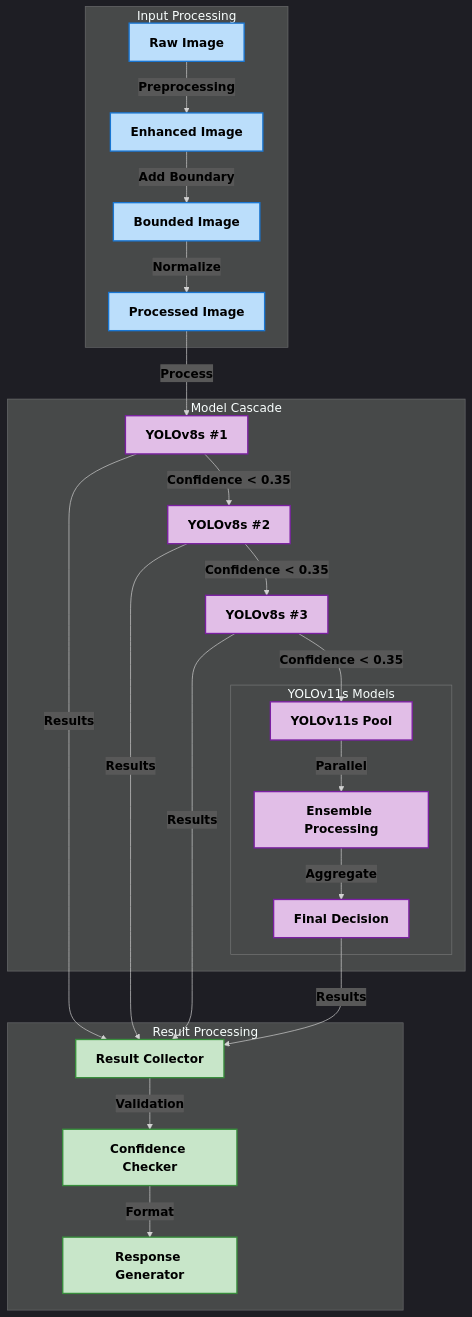
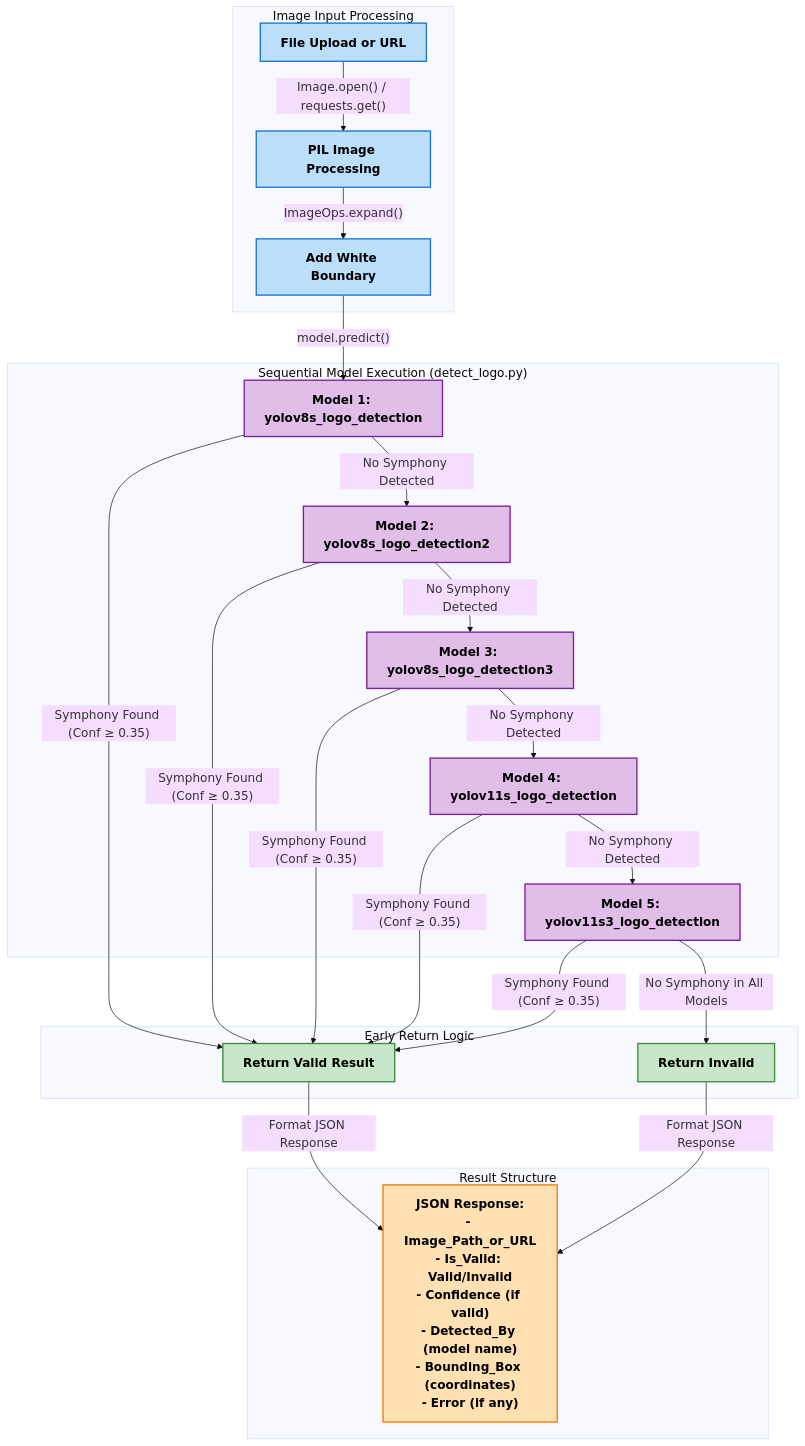
The diagram in docs/images/Model Architecture.mmd (Dhruv0306/SymphonyProject1), drawn with Mermaid before and after one commit. The commit also changed 38 other files, not shown here.

```diff
--- a/docs/images/Model Architecture.mmd
+++ b/docs/images/Model Architecture.mmd
@@ -1,41 +1,39 @@
-%%{init: {'theme': 'dark', 'themeVariables': { 'fontFamily': 'arial', 'fontSize': '18px', 'fontWeight': 'bold'}}}%%
+%%{init: {'theme': 'base', 'themeVariables': { 'fontFamily': 'arial', 'fontSize': '18px', 'fontWeight': 'bold'}}}%%
 graph TD
-    subgraph "Input Processing" 
+    subgraph "Image Input Processing"
         style A fill:#bbdefb,stroke:#1976d2,stroke-width:2px,color:#000000,font-weight:bold
         style B fill:#bbdefb,stroke:#1976d2,stroke-width:2px,color:#000000,font-weight:bold
         style C fill:#bbdefb,stroke:#1976d2,stroke-width:2px,color:#000000,font-weight:bold
-        style D fill:#bbdefb,stroke:#1976d2,stroke-width:2px,color:#000000,font-weight:bold
-        A[Raw Image] -->|Preprocessing| B[Enhanced Image]
-        B -->|Add Boundary| C[Bounded Image]
-        C -->|Normalize| D[Processed Image]
+        A["File Upload or URL"] -->|"Image.open() / requests.get()"| B["PIL Image Processing"]
+        B -->|"ImageOps.expand()"| C["Add White Boundary"]
     end
 
-    subgraph "Model Cascade" 
-        style E fill:#e1bee7,stroke:#7b1fa2,stroke-width:2px,color:#000000,font-weight:bold
-        style F fill:#e1bee7,stroke:#7b1fa2,stroke-width:2px,color:#000000,font-weight:bold
-        style G fill:#e1bee7,stroke:#7b1fa2,stroke-width:2px,color:#000000,font-weight:bold
-        style H fill:#e1bee7,stroke:#7b1fa2,stroke-width:2px,color:#000000,font-weight:bold
-        style I fill:#e1bee7,stroke:#7b1fa2,stroke-width:2px,color:#000000,font-weight:bold
-        style J fill:#e1bee7,stroke:#7b1fa2,stroke-width:2px,color:#000000,font-weight:bold
-        D -->|Process| E[YOLOv8s #1]
-        E -->|Confidence < 0.35| F[YOLOv8s #2]
-        F -->|Confidence < 0.35| G[YOLOv8s #3]
-        G -->|Confidence < 0.35| H[YOLOv11s Pool]
-        
-        subgraph "YOLOv11s Models"
-            H -->|Parallel| I[Ensemble Processing]
-            I -->|Aggregate| J[Final Decision]
-        end
+    subgraph "Sequential Model Execution (detect_logo.py)"
+        style D1 fill:#e1bee7,stroke:#7b1fa2,stroke-width:2px,color:#000000,font-weight:bold
+        style D2 fill:#e1bee7,stroke:#7b1fa2,stroke-width:2px,color:#000000,font-weight:bold
+        style D3 fill:#e1bee7,stroke:#7b1fa2,stroke-width:2px,color:#000000,font-weight:bold
+        style D4 fill:#e1bee7,stroke:#7b1fa2,stroke-width:2px,color:#000000,font-weight:bold
+        style D5 fill:#e1bee7,stroke:#7b1fa2,stroke-width:2px,color:#000000,font-weight:bold
+        C -->|"model.predict()"| D1["Model 1: yolov8s_logo_detection"]
+        D1 -->|"No Symphony Detected"| D2["Model 2: yolov8s_logo_detection2"]
+        D2 -->|"No Symphony Detected"| D3["Model 3: yolov8s_logo_detection3"]
+        D3 -->|"No Symphony Detected"| D4["Model 4: yolov11s_logo_detection"]
+        D4 -->|"No Symphony Detected"| D5["Model 5: yolov11s3_logo_detection"]
     end
 
-    subgraph "Result Processing" 
-        style K fill:#c8e6c9,stroke:#388e3c,stroke-width:2px,color:#000000,font-weight:bold
-        style L fill:#c8e6c9,stroke:#388e3c,stroke-width:2px,color:#000000,font-weight:bold
-        style M fill:#c8e6c9,stroke:#388e3c,stroke-width:2px,color:#000000,font-weight:bold
-        E & F & G & J -->|Results| K[Result Collector]
-        K -->|Validation| L[Confidence Checker]
-        L -->|Format| M[Response Generator]
+    subgraph "Early Return Logic"
+        style E1 fill:#c8e6c9,stroke:#388e3c,stroke-width:2px,color:#000000,font-weight:bold
+        style E2 fill:#c8e6c9,stroke:#388e3c,stroke-width:2px,color:#000000,font-weight:bold
+        D1 -->|"Symphony Found (Conf ≥ 0.35)"| E1["Return Valid Result"]
+        D2 -->|"Symphony Found (Conf ≥ 0.35)"| E1
+        D3 -->|"Symphony Found (Conf ≥ 0.35)"| E1
+        D4 -->|"Symphony Found (Conf ≥ 0.35)"| E1
+        D5 -->|"Symphony Found (Conf ≥ 0.35)"| E1
+        D5 -->|"No Symphony in All Models"| E2["Return Invalid"]
     end
 
-    %% Style all edge labels
-    linkStyle default color:#000000,font-weight:bold
+    subgraph "Result Structure"
+        style F fill:#ffe0b2,stroke:#f57c00,stroke-width:2px,color:#000000,font-weight:bold
+        E1 -->|"Format JSON Response"| F["JSON Response:<br/>- Image_Path_or_URL<br/>- Is_Valid: Valid/Invalid<br/>- Confidence (if valid)<br/>- Detected_By (model name)<br/>- Bounding_Box (coordinates)<br/>- Error (if any)"]
+        E2 -->|"Format JSON Response"| F
+    end
```
